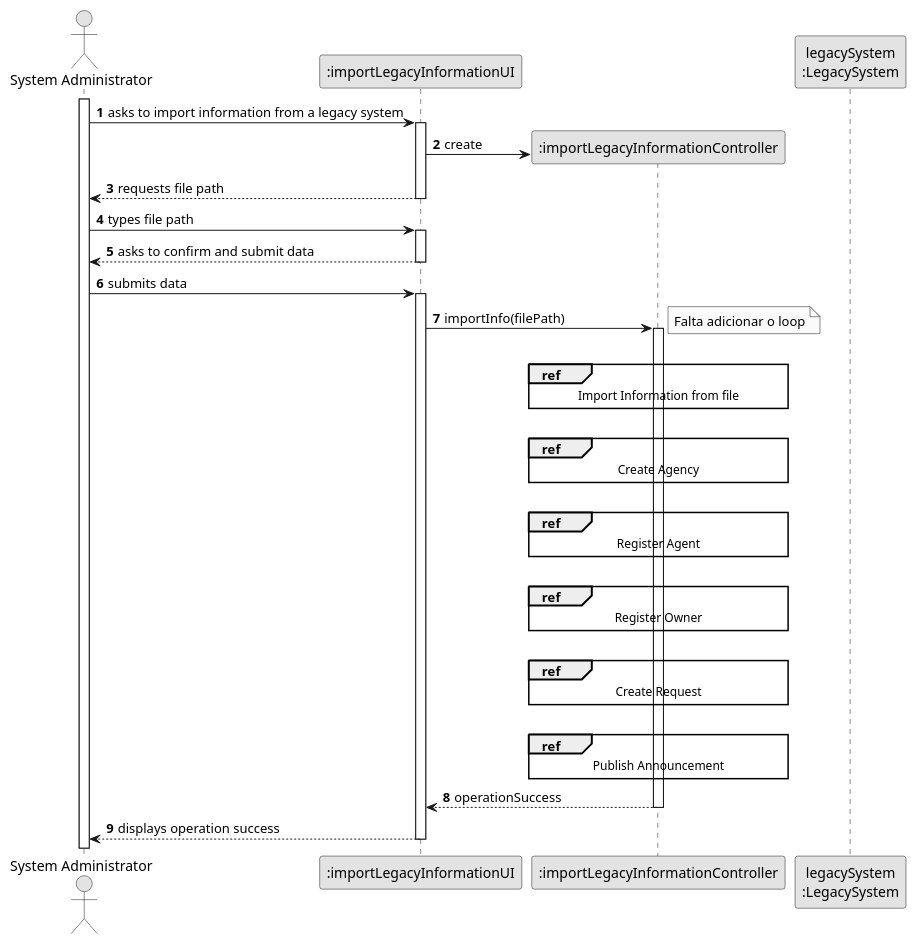
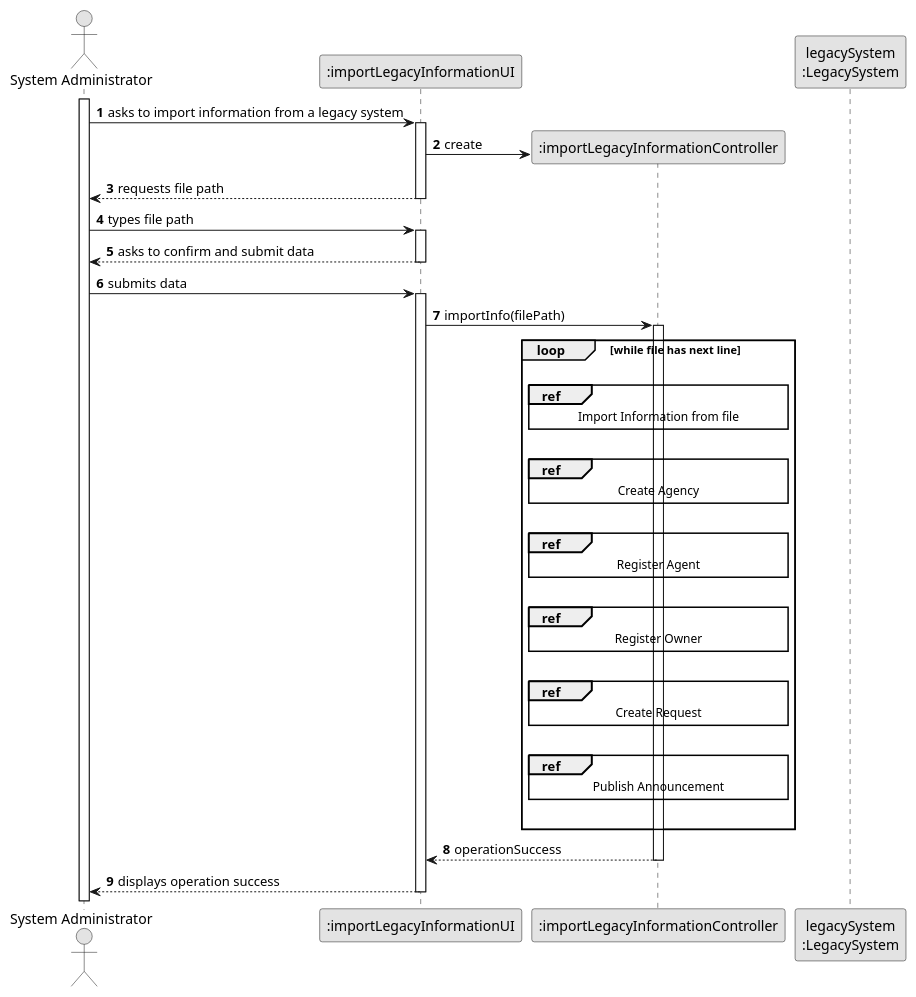
One commit to rita-barbosa/LAPR2-2223 changed the diagram in docs/sprintC/us012/03.design/puml/us012-sequence-diagram-split.puml. Above: the diagram before and after it, drawn with PlantUML.

Commit message:
Update of split sequence diagram [US012][Design]

```diff
--- a/docs/sprintC/us012/03.design/puml/us012-sequence-diagram-split.puml
+++ b/docs/sprintC/us012/03.design/puml/us012-sequence-diagram-split.puml
@@ -1,80 +1,81 @@
 @startuml
 skinparam monochrome true
 skinparam packageStyle rectangle
 skinparam shadowing false
 
 autonumber
 
 'hide footbox
 actor "System Administrator" as ADM
 participant ":importLegacyInformationUI" as UI
 participant ":importLegacyInformationController" as CTRL
 participant "legacySystem\n:LegacySystem" as LS
 
 'participant ":Repositories" as RepositorySingleton
  'participant "repositories\n:Repositories" as PLAT
  'participant "taskCategoryRepository:\nTaskCategoryRepository" as TaskCategoryRepository
  'participant ":ApplicationSession" as _APP
  'participant "appSession\n:ApplicationSession" as APP
  'participant "currentSession\n:UserSession" as SESSAO
  'participant "organizationRepository:\nOrganizationRepository" as OrganizationRepository
  'participant "organization\n:Organization" as ORG'
 
 activate ADM
 
     ADM -> UI : asks to import information from a legacy system
     activate UI
 
     UI -> CTRL**: create
 
     UI --> ADM : requests file path
     deactivate UI
 
     ADM -> UI : types file path
     activate UI
 
     UI --> ADM : asks to confirm and submit data
     deactivate UI
 
     ADM -> UI : submits data
     activate UI
 
     UI -> CTRL: importInfo(filePath)
     activate CTRL
 
-        note right
-        Falta adicionar o loop
-        end note
+
+    loop while file has next line
 
     |||
     ref over CTRL
     Import Information from file
     end ref
     |||
     ref over CTRL
     Create Agency
     end ref
     |||
     ref over CTRL
         Register Agent
     end ref
     |||
     ref over CTRL
         Register Owner
     end ref
     |||
     ref over CTRL
         Create Request
     end ref
     |||
     ref over CTRL
         Publish Announcement
     end ref
+    |||
+     end loop
 
     CTRL --> UI: operationSuccess
     deactivate CTRL
 
     UI --> ADM : displays operation success
     deactivate UI
 
 @enduml
```
